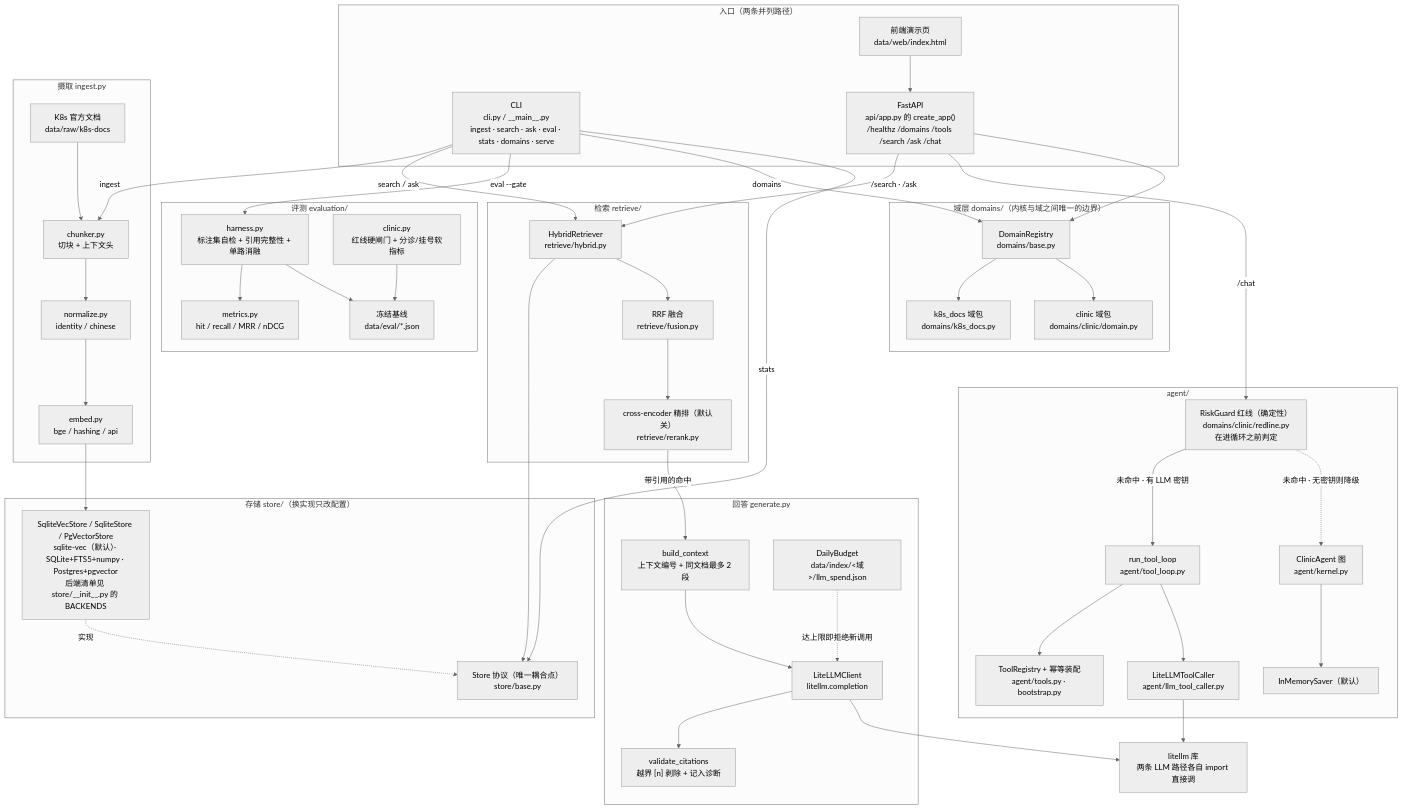
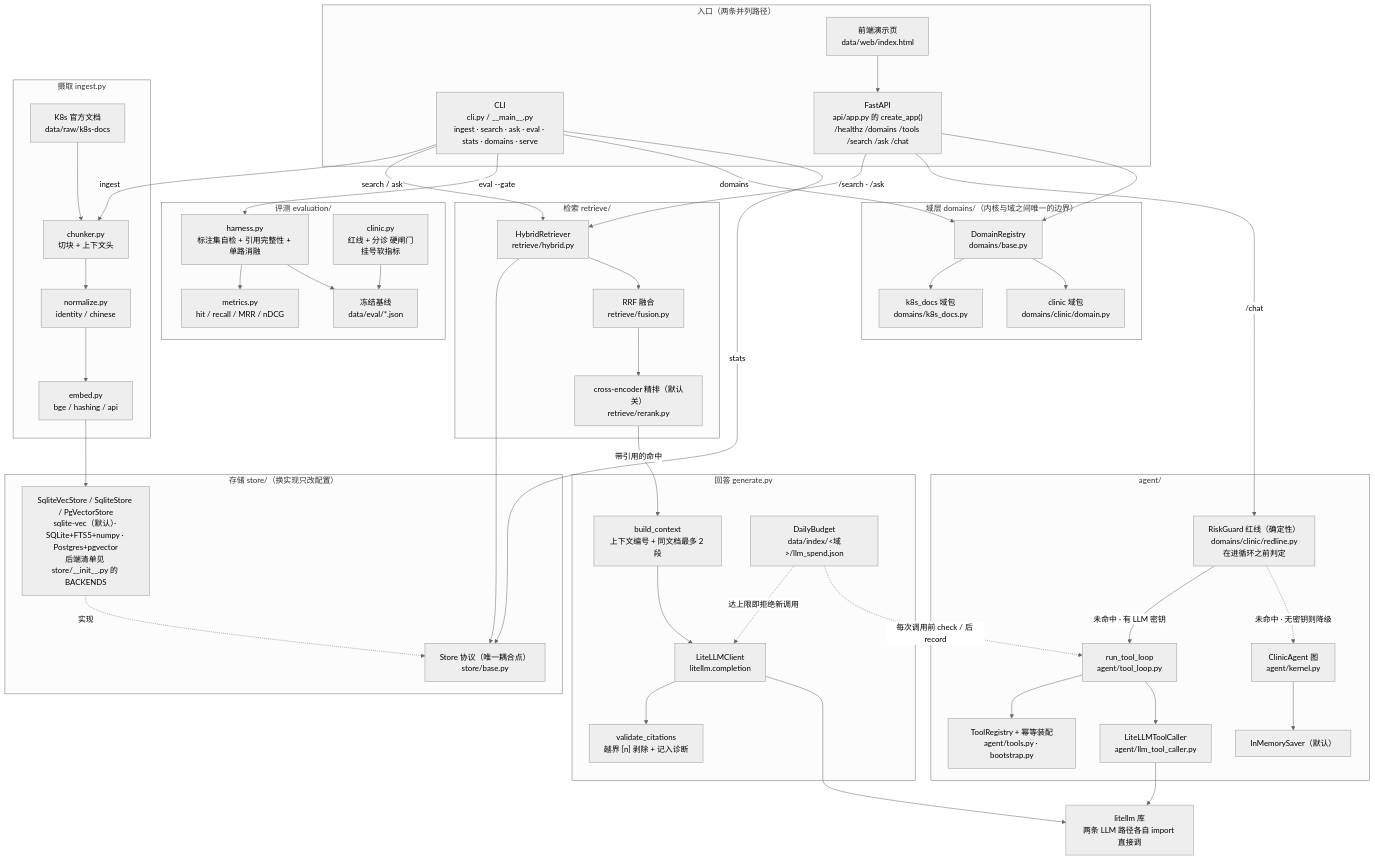
Before and after one commit to asjdna/stupid-doctor: the diagram in README.md, drawn with Mermaid (neutral theme). The commit also changed other lines of this file and 22 other files, not shown here.

```diff
--- a/README.md
+++ b/README.md
@@ -119,7 +119,7 @@
     subgraph ev["评测 evaluation/"]
         HARNESS["harness.py<br/>标注集自检 + 引用完整性 + 单路消融"]
         METRICS["metrics.py<br/>hit / recall / MRR / nDCG"]
-        CGATE["clinic.py<br/>红线硬闸门 + 分诊/挂号软指标"]
+        CGATE["clinic.py<br/>红线 + 分诊 硬闸门<br/>挂号软指标"]
         BASELINE["冻结基线<br/>data/eval/*.json"]
     end
 
@@ -144,6 +144,7 @@
     CTX --> LLMC --> VC
     LLMC --> LLMLIB
     BUD -.->|"达上限即拒绝新调用"| LLMC
+    BUD -.->|"每次调用前 check / 后 record"| LOOP
     REDLINE -->|"未命中 · 有 LLM 密钥"| LOOP
     REDLINE -.->|"未命中 · 无密钥则降级"| GRAPH
     LOOP --> TOOLS
```
